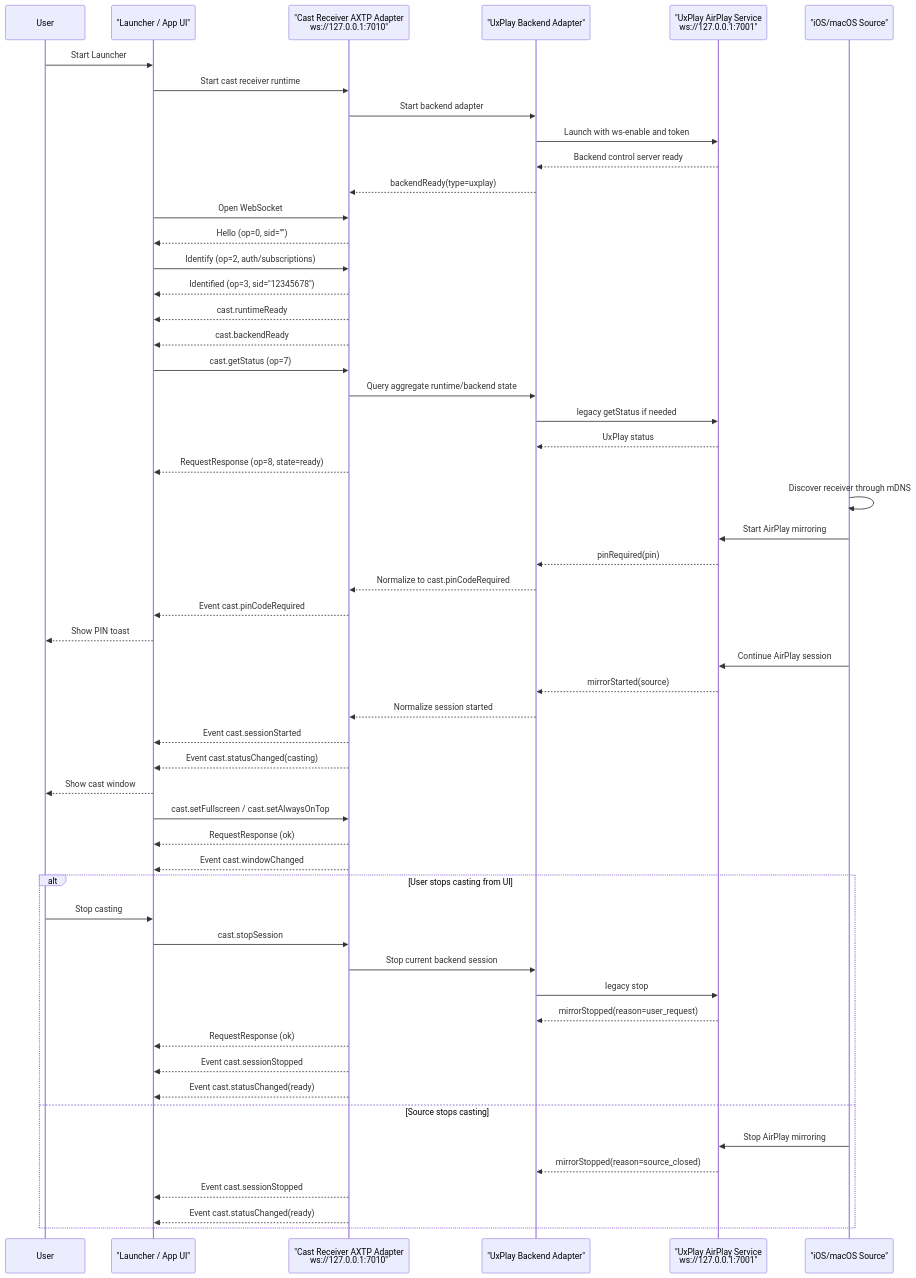
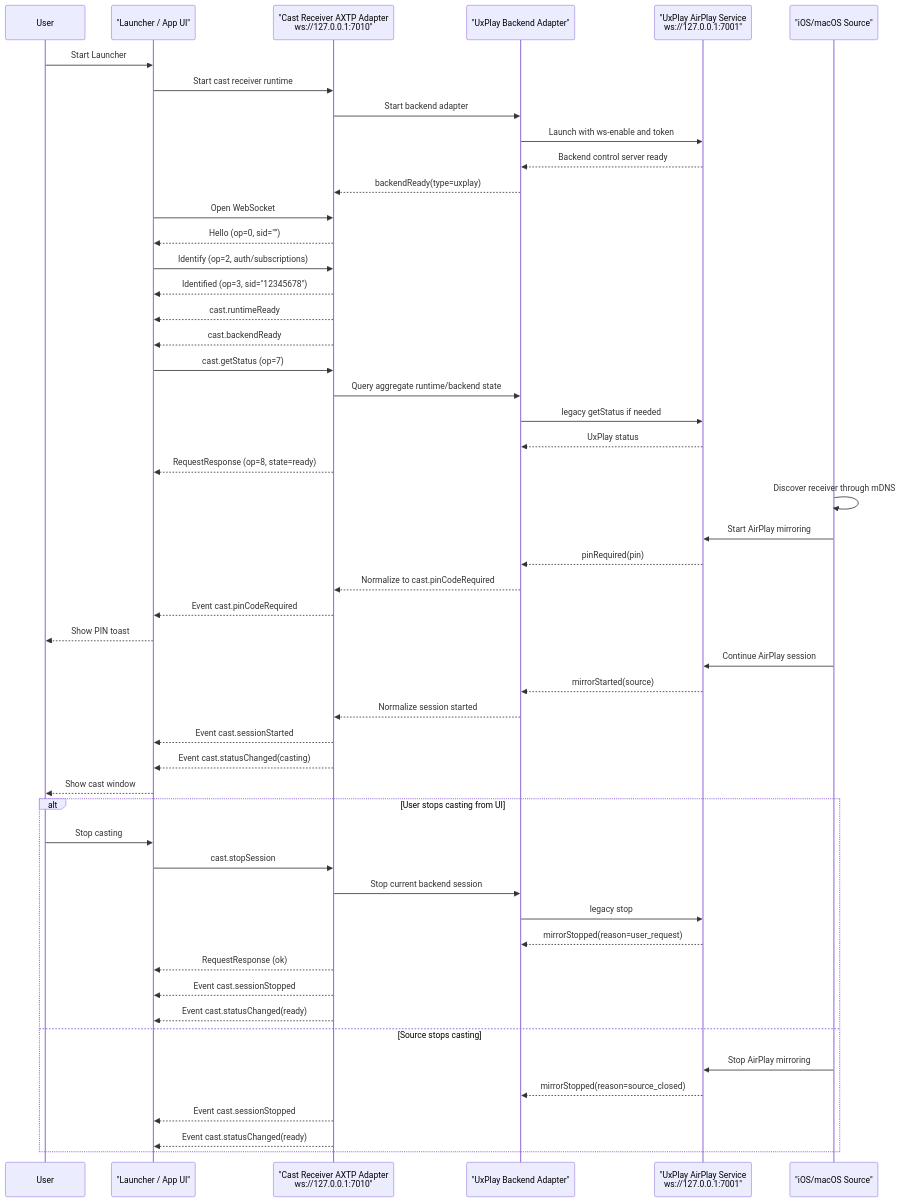
The diagram in docs/flows/cast-reciever-uxplay.md (Mostorm-Labs/axtp), drawn with Mermaid before and after one commit. The commit also changed other lines of this file and 6 other files, not shown here.

Commit message:
docs: update flow plans to new template

````diff
--- a/docs/flows/cast-reciever-uxplay.md
+++ b/docs/flows/cast-reciever-uxplay.md
@@ -82,63 +124,59 @@
 ```mermaid
 sequenceDiagram
     participant User
     participant Launcher as "Launcher / App UI"
     participant AXTP as "Cast Receiver AXTP Adapter<br/>ws://127.0.0.1:7010"
     participant Backend as "UxPlay Backend Adapter"
     participant UxPlay as "UxPlay AirPlay Service<br/>ws://127.0.0.1:7001"
     participant Source as "iOS/macOS Source"
 
     User->>Launcher: Start Launcher
     Launcher->>AXTP: Start cast receiver runtime
     AXTP->>Backend: Start backend adapter
     Backend->>UxPlay: Launch with ws-enable and token
     UxPlay-->>Backend: Backend control server ready
     Backend-->>AXTP: backendReady(type=uxplay)
 
     Launcher->>AXTP: Open WebSocket
     AXTP-->>Launcher: Hello (op=0, sid="")
     Launcher->>AXTP: Identify (op=2, auth/subscriptions)
     AXTP-->>Launcher: Identified (op=3, sid="12345678")
     AXTP-->>Launcher: cast.runtimeReady
     AXTP-->>Launcher: cast.backendReady
 
     Launcher->>AXTP: cast.getStatus (op=7)
     AXTP->>Backend: Query aggregate runtime/backend state
     Backend->>UxPlay: legacy getStatus if needed
     UxPlay-->>Backend: UxPlay status
     AXTP-->>Launcher: RequestResponse (op=8, state=ready)
 
     Source->>Source: Discover receiver through mDNS
     Source->>UxPlay: Start AirPlay mirroring
     UxPlay-->>Backend: pinRequired(pin)
     Backend-->>AXTP: Normalize to cast.pinCodeRequired
     AXTP-->>Launcher: Event cast.pinCodeRequired
     Launcher-->>User: Show PIN toast
 
     Source->>UxPlay: Continue AirPlay session
     UxPlay-->>Backend: mirrorStarted(source)
     Backend-->>AXTP: Normalize session started
     AXTP-->>Launcher: Event cast.sessionStarted
     AXTP-->>Launcher: Event cast.statusChanged(casting)
     Launcher-->>User: Show cast window
 
-    Launcher->>AXTP: cast.setFullscreen / cast.setAlwaysOnTop
-    AXTP-->>Launcher: RequestResponse (ok)
-    AXTP-->>Launcher: Event cast.windowChanged
-
     alt User stops casting from UI
         User->>Launcher: Stop casting
         Launcher->>AXTP: cast.stopSession
         AXTP->>Backend: Stop current backend session
         Backend->>UxPlay: legacy stop
         UxPlay-->>Backend: mirrorStopped(reason=user_request)
         AXTP-->>Launcher: RequestResponse (ok)
         AXTP-->>Launcher: Event cast.sessionStopped
         AXTP-->>Launcher: Event cast.statusChanged(ready)
     else Source stops casting
         Source->>UxPlay: Stop AirPlay mirroring
         UxPlay-->>Backend: mirrorStopped(reason=source_closed)
         AXTP-->>Launcher: Event cast.sessionStopped
         AXTP-->>Launcher: Event cast.statusChanged(ready)
     end
 ```
````
